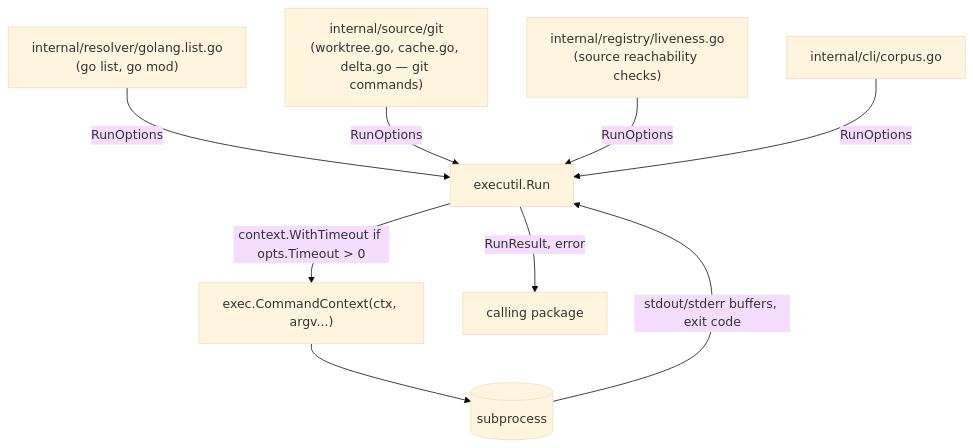
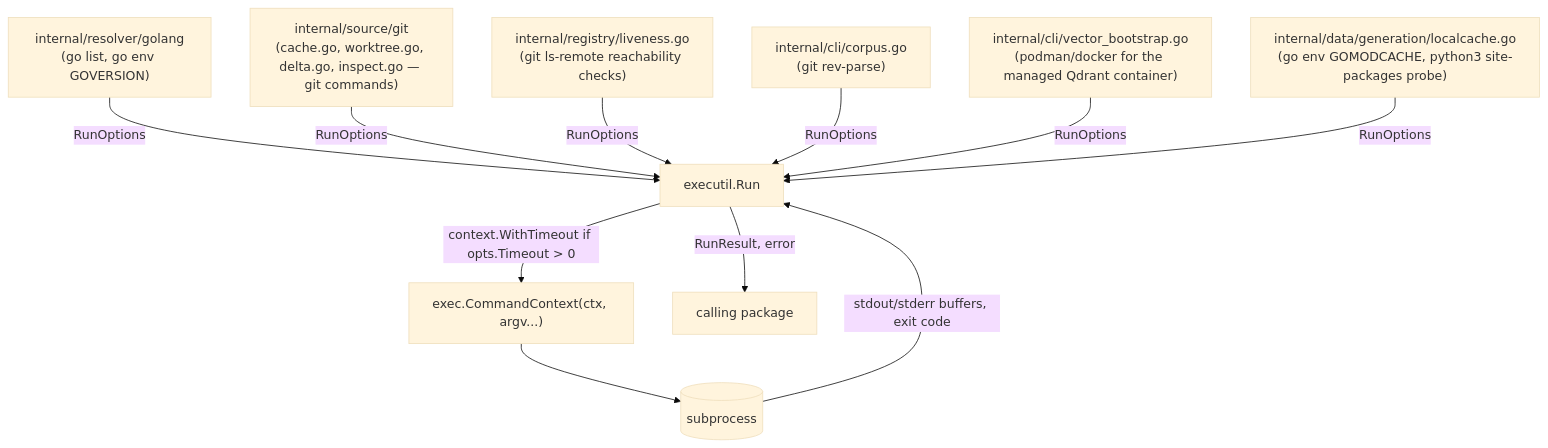
One commit to aleutian-ai/depctl changed the diagram in docs/internal/executil.md. Above: the diagram before and after it, drawn with Mermaid (base theme). The commit also changed other lines of this file and 114 other files, not shown here.

````diff
--- a/docs/internal/executil.md
+++ b/docs/internal/executil.md
@@ -13,11 +15,13 @@
 ```mermaid
 flowchart TD
-    Golang["internal/resolver/golang.list.go\n(go list, go mod)"] -->|RunOptions| Run["executil.Run"]
-    Git["internal/source/git\n(worktree.go, cache.go, delta.go — git commands)"] -->|RunOptions| Run
-    Liveness["internal/registry/liveness.go\n(source reachability checks)"] -->|RunOptions| Run
-    Corpus["internal/cli/corpus.go"] -->|RunOptions| Run
+    Golang["internal/resolver/golang\n(go list, go env GOVERSION)"] -->|RunOptions| Run["executil.Run"]
+    Git["internal/source/git\n(cache.go, worktree.go, delta.go, inspect.go — git commands)"] -->|RunOptions| Run
+    Liveness["internal/registry/liveness.go\n(git ls-remote reachability checks)"] -->|RunOptions| Run
+    Corpus["internal/cli/corpus.go\n(git rev-parse)"] -->|RunOptions| Run
+    Bootstrap["internal/cli/vector_bootstrap.go\n(podman/docker for the managed Qdrant container)"] -->|RunOptions| Run
+    LocalCache["internal/data/generation/localcache.go\n(go env GOMODCACHE, python3 site-packages probe)"] -->|RunOptions| Run
     Run -->|context.WithTimeout if opts.Timeout > 0| ExecCmd["exec.CommandContext(ctx, argv...)"]
     ExecCmd --> Process[(subprocess)]
     Process -->|stdout/stderr buffers, exit code| Run
     Run -->|RunResult, error| Callers[calling package]
 ```
````
